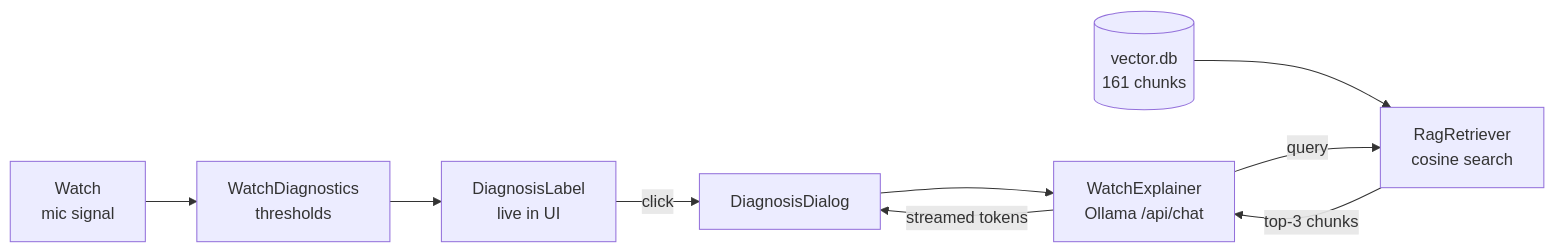
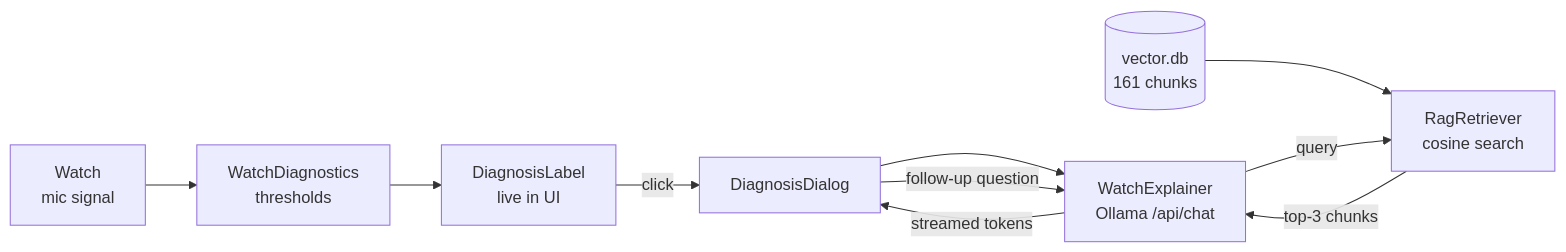
The diagram in docs/ai-features.md (Ji-Min-Lee/2026-3-sw-architect-studio-project), drawn with Mermaid before and after one commit. The commit also changed other lines of this file and 4 other files, not shown here.

````diff
--- a/docs/ai-features.md
+++ b/docs/ai-features.md
@@ -14,15 +14,16 @@
 ```mermaid
 flowchart LR
     HW["Watch\nmic signal"]
     WD["WatchDiagnostics\nthresholds"]
     LBL["DiagnosisLabel\nlive in UI"]
     DLG["DiagnosisDialog"]
     WE["WatchExplainer\nOllama /api/chat"]
     RAG["RagRetriever\ncosine search"]
     VDB[("vector.db\n161 chunks")]
 
     HW --> WD --> LBL -->|click| DLG --> WE -->|streamed tokens| DLG
+    DLG -->|follow-up question| WE
     VDB --> RAG
     WE -->|query| RAG
     RAG -->|top-3 chunks| WE
 ```
````
